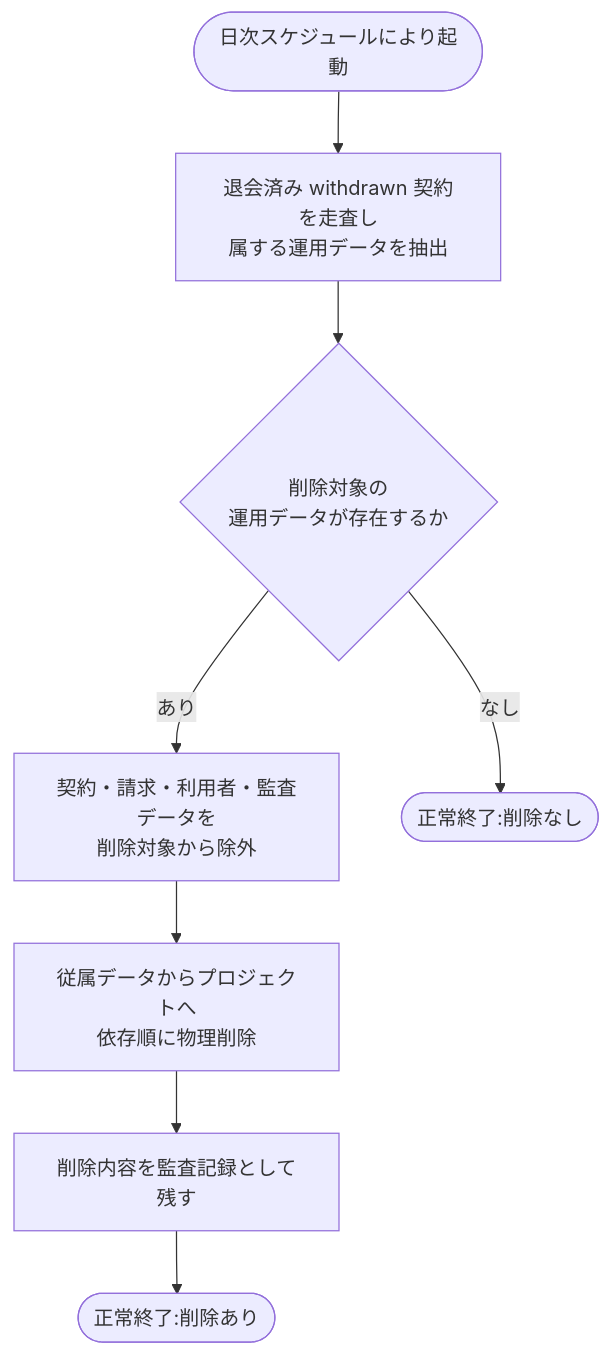
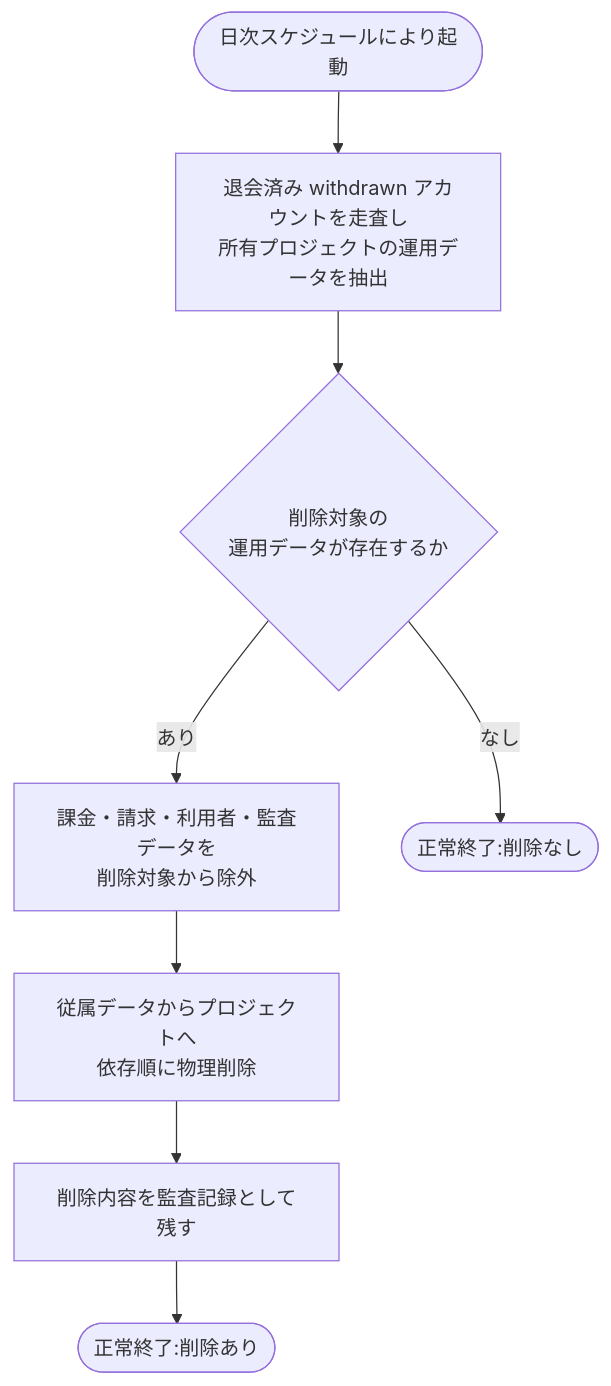
Before and after one commit to sikakou54/open-faq: the diagram in 02_basic_design/02_backend/01_system/SYS-029.md, drawn with Mermaid. The commit also changed other lines of this file and 294 other files, not shown here.

````diff
--- a/02_basic_design/02_backend/01_system/SYS-029.md
+++ b/02_basic_design/02_backend/01_system/SYS-029.md
@@ -35,10 +35,10 @@
 ```mermaid
 flowchart TB
-  S([日次スケジュールにより起動]) --> A[退会済み withdrawn 契約を走査し<br/>属する運用データを抽出]
+  S([日次スケジュールにより起動]) --> A[退会済み withdrawn アカウントを走査し<br/>所有プロジェクトの運用データを抽出]
   A --> B{削除対象の<br/>運用データが存在するか}
-  B -- あり --> C[契約・請求・利用者・監査データを<br/>削除対象から除外]
+  B -- あり --> C[課金・請求・利用者・監査データを<br/>削除対象から除外]
   C --> D[従属データからプロジェクトへ<br/>依存順に物理削除]
   D --> E[削除内容を監査記録として残す]
   E --> F([正常終了:削除あり])
   B -- なし --> G([正常終了:削除なし])
 ```
````
